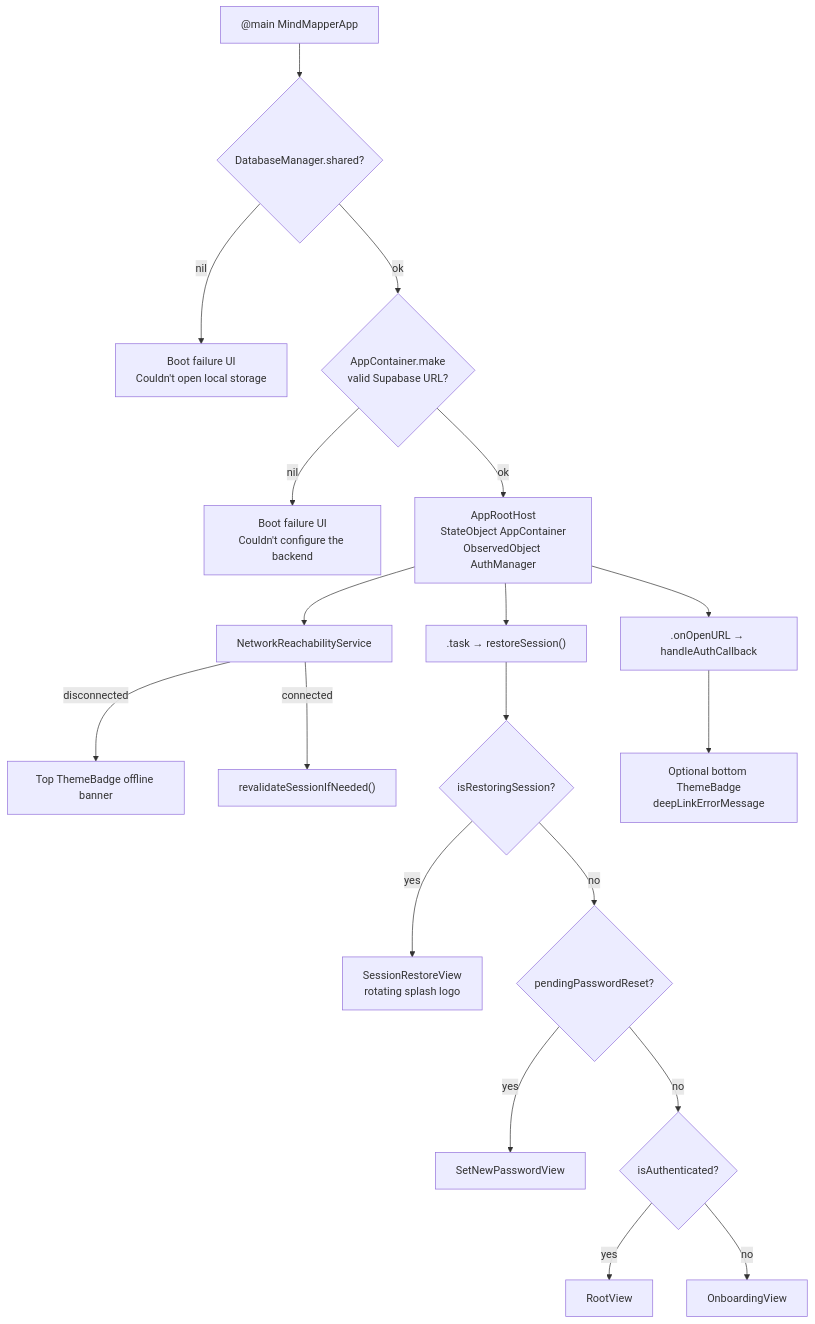
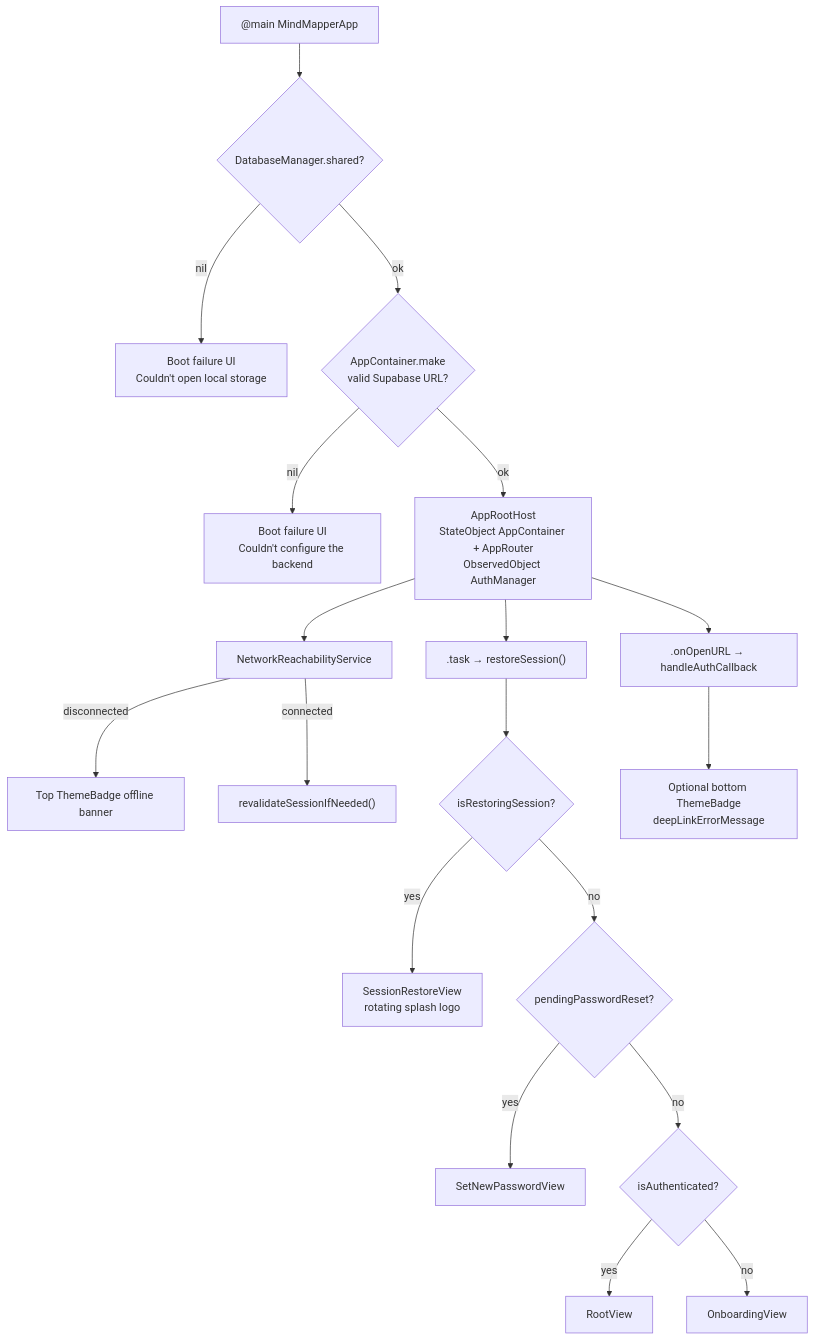
The first of 6 diagrams in docs/design/app-flow.md (Shayokh144/Mind_Mapper), drawn with Mermaid before and after one commit. The commit also changed other lines of this file and 35 other files, not shown here.

````diff
--- a/docs/design/app-flow.md
+++ b/docs/design/app-flow.md
@@ -35,21 +37,21 @@
 ```mermaid
 flowchart TD
     A["@main MindMapperApp"] --> B{"DatabaseManager.shared?"}
     B -->|nil| C["Boot failure UI<br/>Couldn't open local storage"]
     B -->|ok| D{"AppContainer.make<br/>valid Supabase URL?"}
     D -->|nil| E["Boot failure UI<br/>Couldn't configure the backend"]
-    D -->|ok| F["AppRootHost<br/>StateObject AppContainer<br/>ObservedObject AuthManager"]
+    D -->|ok| F["AppRootHost<br/>StateObject AppContainer + AppRouter<br/>ObservedObject AuthManager"]
     F --> G[".task → restoreSession()"]
     F --> DL[".onOpenURL → handleAuthCallback"]
     F --> Net["NetworkReachabilityService"]
     Net -->|disconnected| Ban["Top ThemeBadge offline banner"]
     Net -->|connected| Rev["revalidateSessionIfNeeded()"]
     G --> H{"isRestoringSession?"}
     H -->|yes| I["SessionRestoreView<br/>rotating splash logo"]
     H -->|no| J{"pendingPasswordReset?"}
     J -->|yes| K["SetNewPasswordView"]
     J -->|no| L{"isAuthenticated?"}
     L -->|yes| M["RootView"]
     L -->|no| N["OnboardingView"]
     DL --> Overlay["Optional bottom ThemeBadge<br/>deepLinkErrorMessage"]
 ```
````
